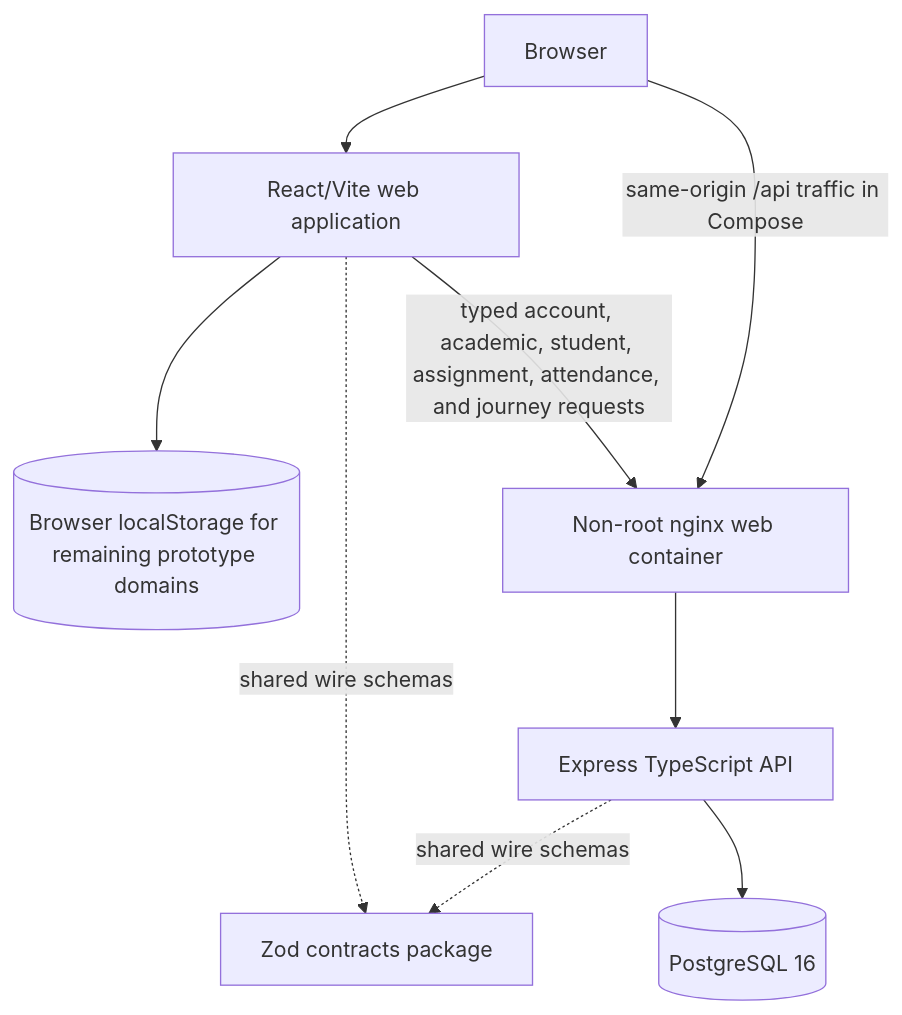
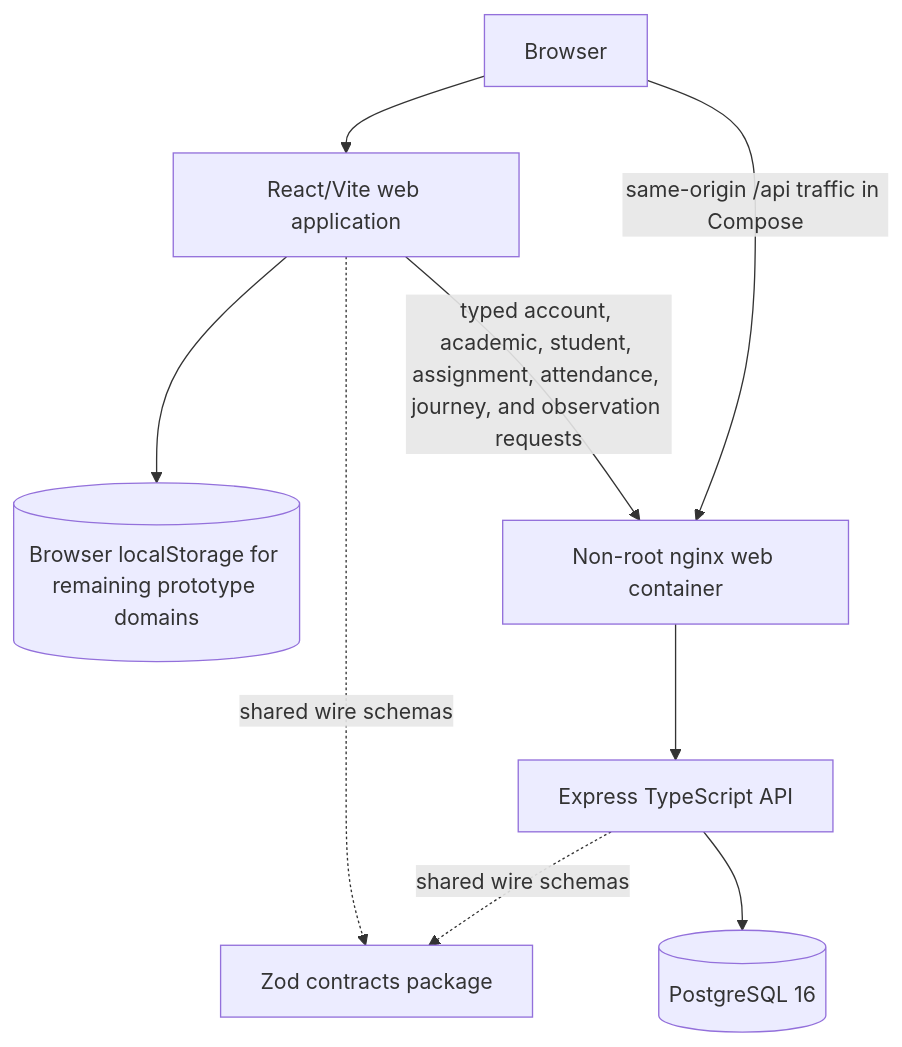
One commit to MWS-MAD-Labs/MWS-Learnspace changed the diagram in README.md. Above: the diagram before and after it, drawn with Mermaid. The commit also changed other lines of this file and 26 other files, not shown here.

````diff
--- a/README.md
+++ b/README.md
@@ -33,11 +33,11 @@
 ```mermaid
 flowchart TB
     Browser[Browser] --> Web[React/Vite web application]
     Web --> LocalStorage[(Browser localStorage for remaining prototype domains)]
-    Web -->|typed account, academic, student, assignment, attendance, and journey requests| Proxy
+    Web -->|typed account, academic, student, assignment, attendance, journey, and observation requests| Proxy
     Browser -->|same-origin /api traffic in Compose| Proxy[Non-root nginx web container]
     Proxy --> API[Express TypeScript API]
     API --> DB[(PostgreSQL 16)]
     Web -. shared wire schemas .-> Contracts[Zod contracts package]
     API -. shared wire schemas .-> Contracts
 ```
````
